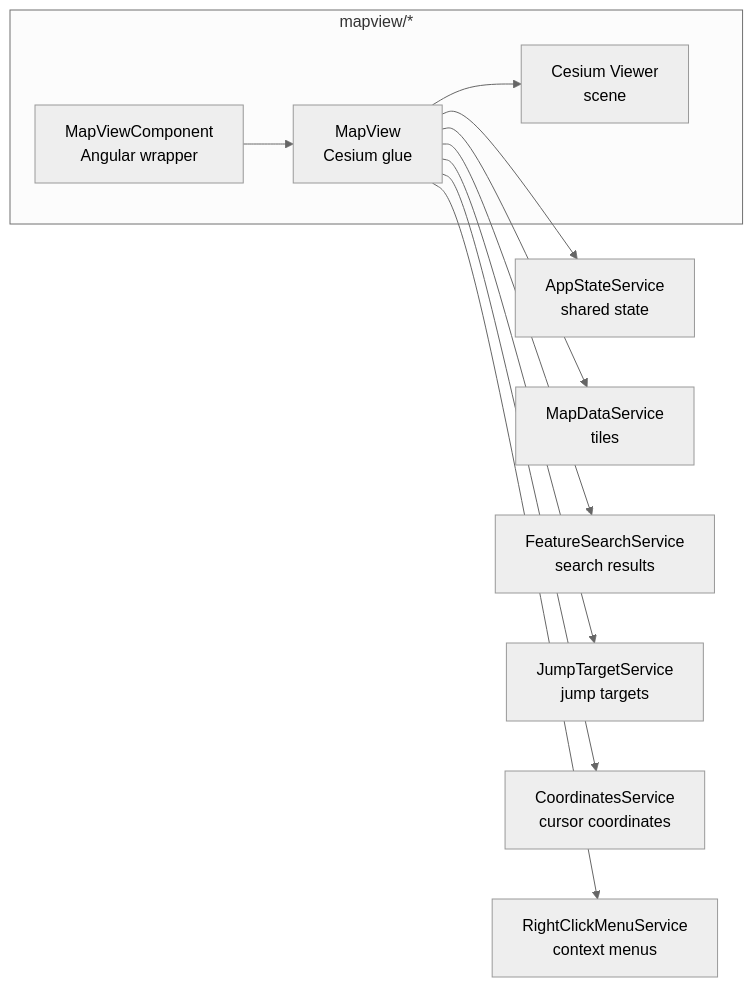
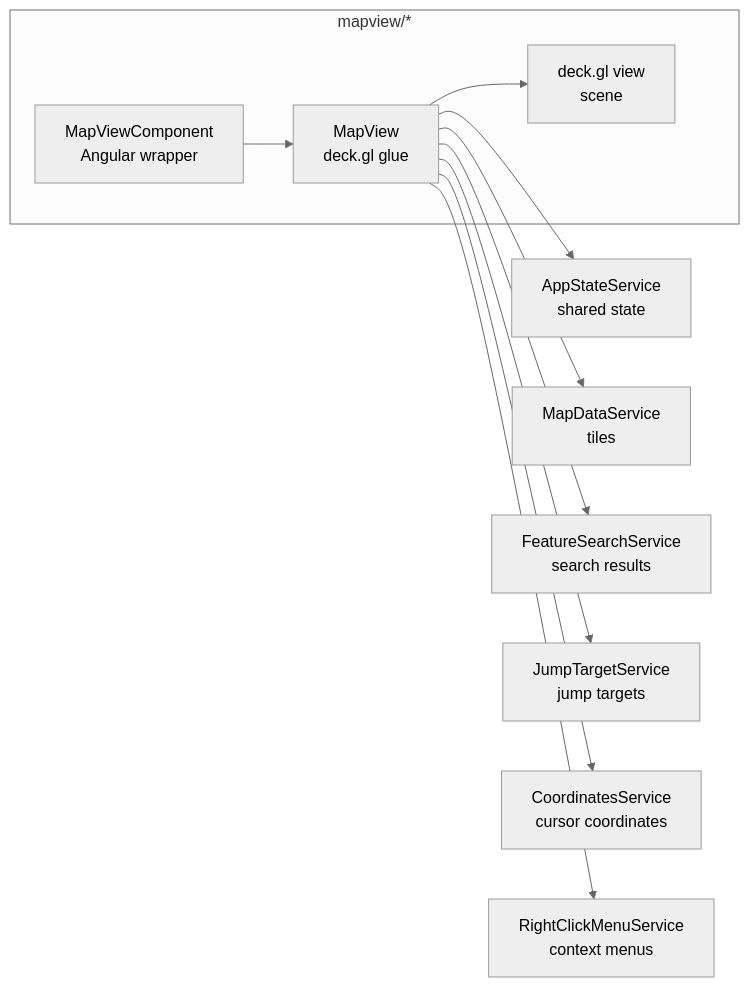
One commit to ndsev/erdblick changed the third of 10 diagrams in docs/erdblick-dev-guide.md. Above: the diagram before and after it, drawn with Mermaid (neutral theme). The commit also changed other lines of this file and 108 other files, not shown here.

````diff
--- a/docs/erdblick-dev-guide.md
+++ b/docs/erdblick-dev-guide.md
@@ -151,24 +151,24 @@
 ```mermaid
 flowchart LR
   subgraph mapview_dir[mapview/*]
     MapViewComp[MapViewComponent<br>Angular wrapper]
-    MapViewModel[MapView<br>Cesium glue]
-    CesiumViewer[Cesium Viewer<br>scene]
+    MapViewModel[MapView<br>deck.gl glue]
+    deck.glViewer[deck.gl view<br>scene]
   end
   State[AppStateService<br>shared state]
   MapSvc[MapDataService<br>tiles]
   SearchSvc[FeatureSearchService<br>search results]
   JumpSvc[JumpTargetService<br>jump targets]
   CoordSvc[CoordinatesService<br>cursor coordinates]
   MenuSvc[RightClickMenuService<br>context menus]
 
   MapViewComp --> MapViewModel
-  MapViewModel --> CesiumViewer
+  MapViewModel --> deck.glViewer
 
   MapViewModel --> State
   MapViewModel --> MapSvc
   MapViewModel --> SearchSvc
   MapViewModel --> JumpSvc
   MapViewModel --> CoordSvc
   MapViewModel --> MenuSvc
 ```
````
